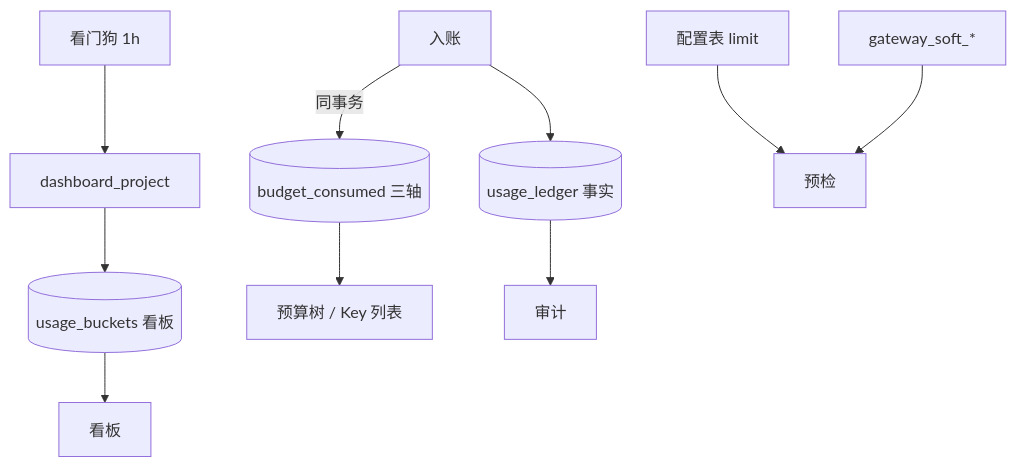
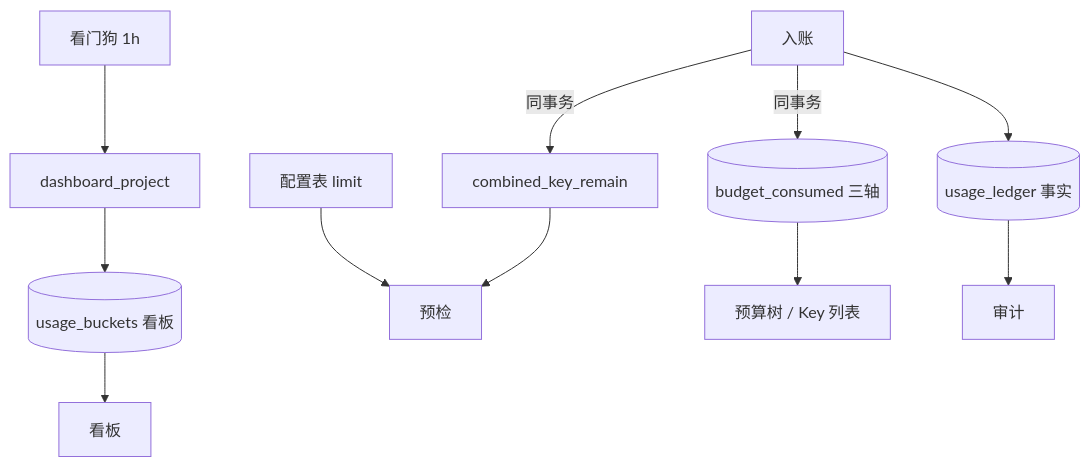
The sixth of 10 diagrams in apps/docs/Backend-预算.md (quyip8818/mytokenjoy), drawn with Mermaid before and after one commit. The commit also changed other lines of this file and 33 other files, not shown here.

````diff
--- a/apps/docs/Backend-预算.md
+++ b/apps/docs/Backend-预算.md
@@ -266,17 +265,18 @@
 ```mermaid
 flowchart TB
   UL[(usage_ledger 事实)]
   BS[(budget_consumed 三轴)]
-  GS[gateway_soft_*]
+  CK[combined_key_remain]
   UB[(usage_buckets 看板)]
   CFG[配置表 limit]
 
   ING[入账] --> UL
   ING -->|同事务| BS
+  ING -->|同事务| CK
   WD[看门狗 1h] --> DP[dashboard_project] --> UB
   CFG --> GW[预检]
-  GS --> GW
+  CK --> GW
   BS --> UI[预算树 / Key 列表]
   UL --> AUD[审计]
   UB --> DASH[看板]
 ```
````
